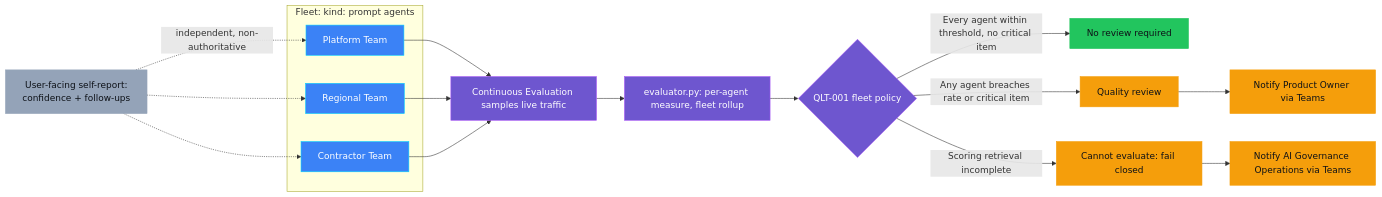
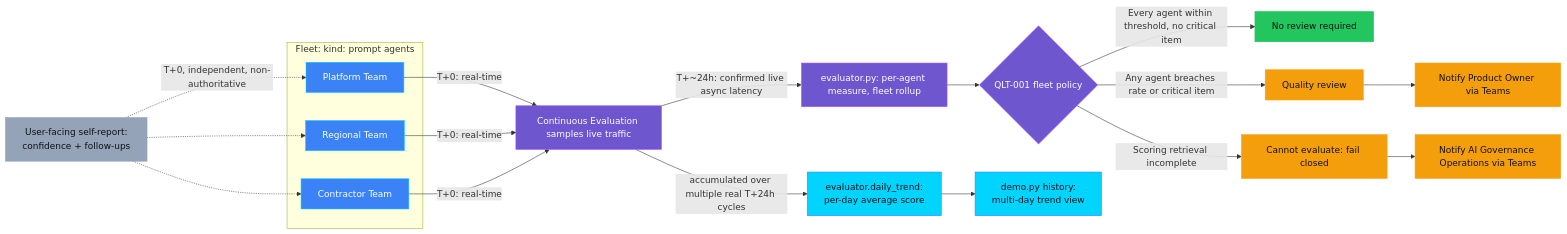
One commit to doruit/forged-with-foundry changed the diagram in controls/grounding_and_quality/QLT-001_hallucination_rate_high/README.md. Above: the diagram before and after it, drawn with Mermaid. The commit also changed other lines of this file and 7 other files, not shown here.

````diff
--- a/controls/grounding_and_quality/QLT-001_hallucination_rate_high/README.md
+++ b/controls/grounding_and_quality/QLT-001_hallucination_rate_high/README.md
@@ -208,33 +181,38 @@
 ```mermaid
 flowchart LR
     subgraph Fleet["Fleet: kind: prompt agents"]
         F1[Platform Team]
         F2[Regional Team]
         F3[Contractor Team]
     end
-    F1 --> C[Continuous Evaluation samples live traffic]
-    F2 --> C
-    F3 --> C
-    C --> R[evaluator.py: per-agent measure, fleet rollup]
+    F1 -->|"T+0: real-time"| C[Continuous Evaluation samples live traffic]
+    F2 -->|"T+0: real-time"| C
+    F3 -->|"T+0: real-time"| C
+    C -->|"T+~24h: confirmed live async latency"| R[evaluator.py: per-agent measure, fleet rollup]
     R --> P{QLT-001 fleet policy}
     P -->|Every agent within threshold, no critical item| A[No review required]
     P -->|Any agent breaches rate or critical item| G[Quality review]
     P -->|Scoring retrieval incomplete| B[Cannot evaluate: fail closed]
     G --> O[Notify Product Owner via Teams]
     B --> N[Notify AI Governance Operations via Teams]
 
-    U[User-facing self-report:<br/>confidence + follow-ups] -.->|independent, non-authoritative| F1
+    C -->|"accumulated over multiple real T+24h cycles"| H[evaluator.daily_trend:<br/>per-day average score]
+    H --> V[demo.py history:<br/>multi-day trend view]
+
+    U[User-facing self-report:<br/>confidence + follow-ups] -.->|T+0, independent, non-authoritative| F1
     U -.-> F2
     U -.-> F3
 
     classDef governance fill:#6E56CF,stroke:#A855F7,color:#FFFFFF
     classDef platform fill:#3B82F6,stroke:#00D4FF,color:#FFFFFF
     classDef success fill:#22C55E,stroke:#22C55E,color:#0D1117
     classDef attention fill:#F59E0B,stroke:#F59E0B,color:#0D1117
     classDef nudge fill:#94A3B8,stroke:#94A3B8,color:#0D1117
+    classDef trend fill:#00D4FF,stroke:#3B82F6,color:#0D1117
     class C,R,P governance
     class F1,F2,F3 platform
     class A success
     class G,B,O,N attention
     class U nudge
+    class H,V trend
 ```
````
